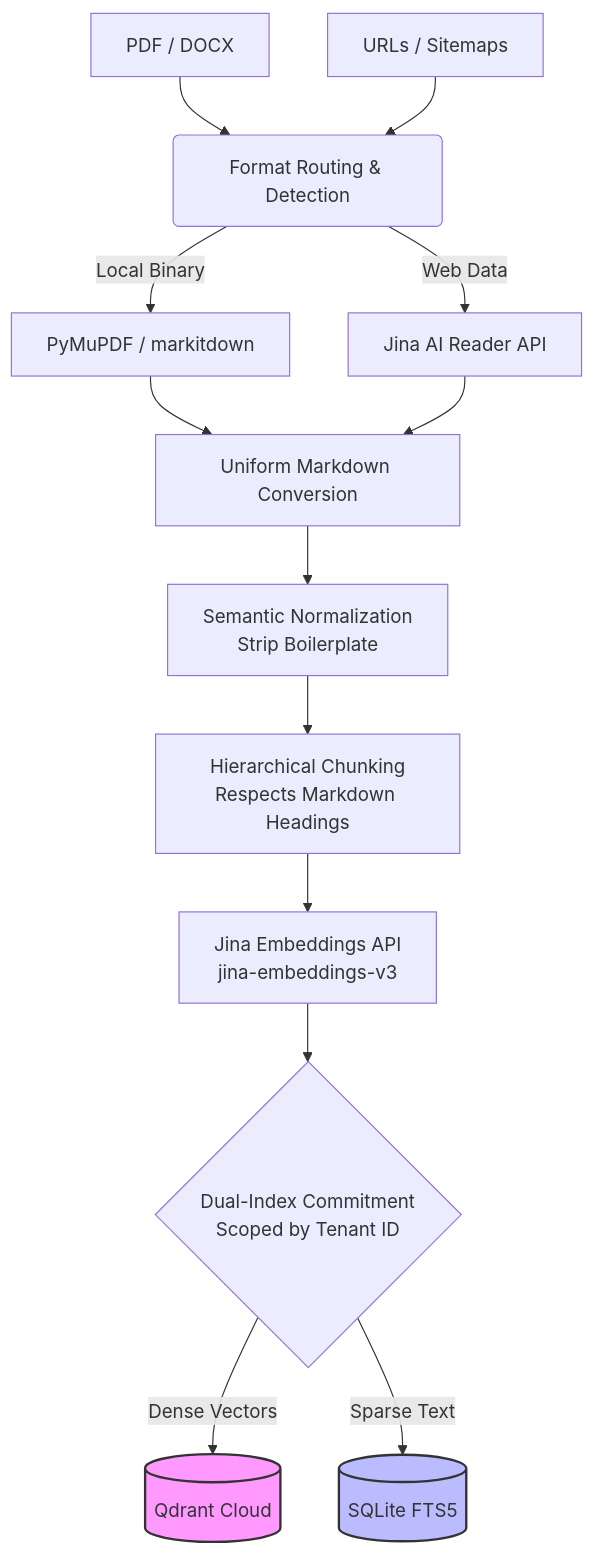
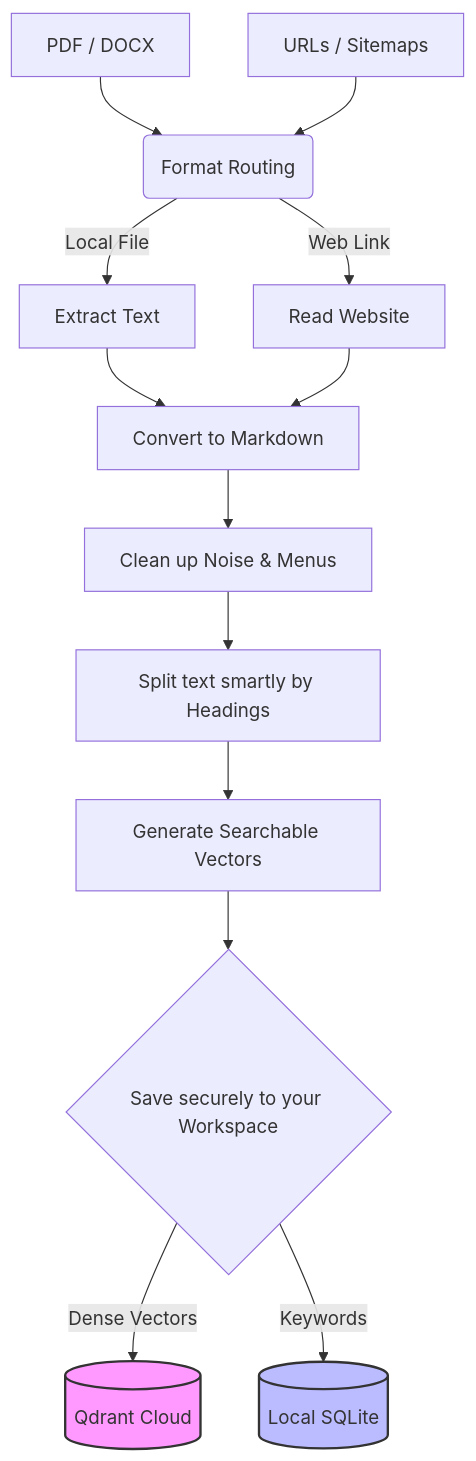
One commit to rudrabaru/nexus-rag changed the second of 4 diagrams in README.md. Above: the diagram before and after it, drawn with Mermaid. The commit also changed other lines of this file, not shown here.

````diff
--- a/README.md
+++ b/README.md
@@ -138,28 +135,28 @@
 ```mermaid
 graph TD
     %% Inputs
-    A1[PDF / DOCX] --> B(Format Routing & Detection)
+    A1[PDF / DOCX] --> B(Format Routing)
     A2[URLs / Sitemaps] --> B
     
     %% Extraction
-    B -->|Local Binary| C1[PyMuPDF / markitdown]
-    B -->|Web Data| C2[Jina AI Reader API]
+    B -->|Local File| C1[Extract Text]
+    B -->|Web Link| C2[Read Website]
     
-    C1 --> D[Uniform Markdown Conversion]
+    C1 --> D[Convert to Markdown]
     C2 --> D
     
     %% Processing
-    D --> E[Semantic Normalization<br/>Strip Boilerplate]
-    E --> F[Hierarchical Chunking<br/>Respects Markdown Headings]
+    D --> E[Clean up Noise & Menus]
+    E --> F[Split text smartly by Headings]
     
     %% Embedding & Indexing
-    F --> G[Jina Embeddings API<br/>jina-embeddings-v3]
+    F --> G[Generate Searchable Vectors]
     
-    G --> H{Dual-Index Commitment<br/>Scoped by Tenant ID}
+    G --> H{Save securely to your Workspace}
     
     H -->|Dense Vectors| I[(Qdrant Cloud)]
-    H -->|Sparse Text| J[(SQLite FTS5)]
+    H -->|Keywords| J[(Local SQLite)]
     
     style I fill:#f9f,stroke:#333,stroke-width:2px
     style J fill:#bbf,stroke:#333,stroke-width:2px
 ```
````
